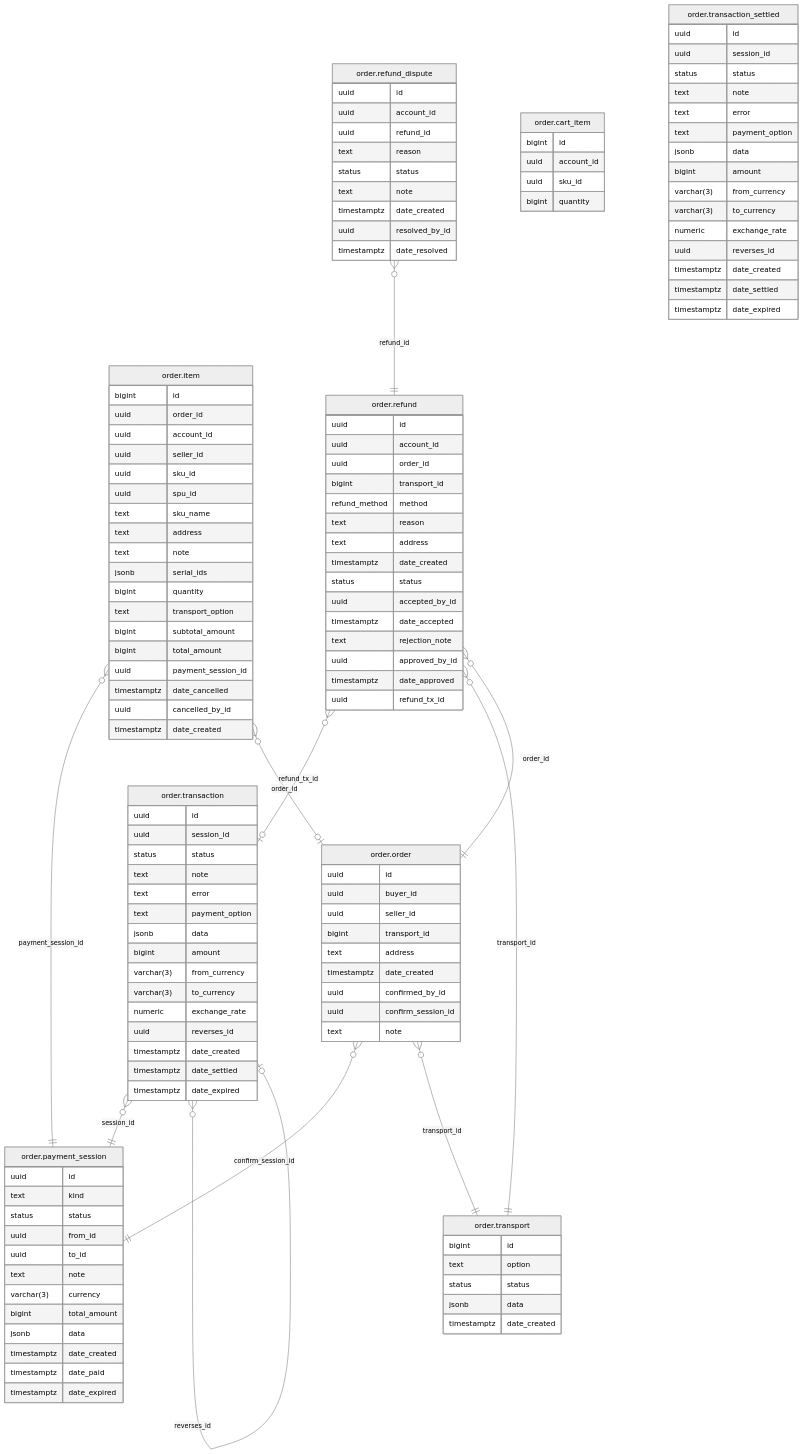
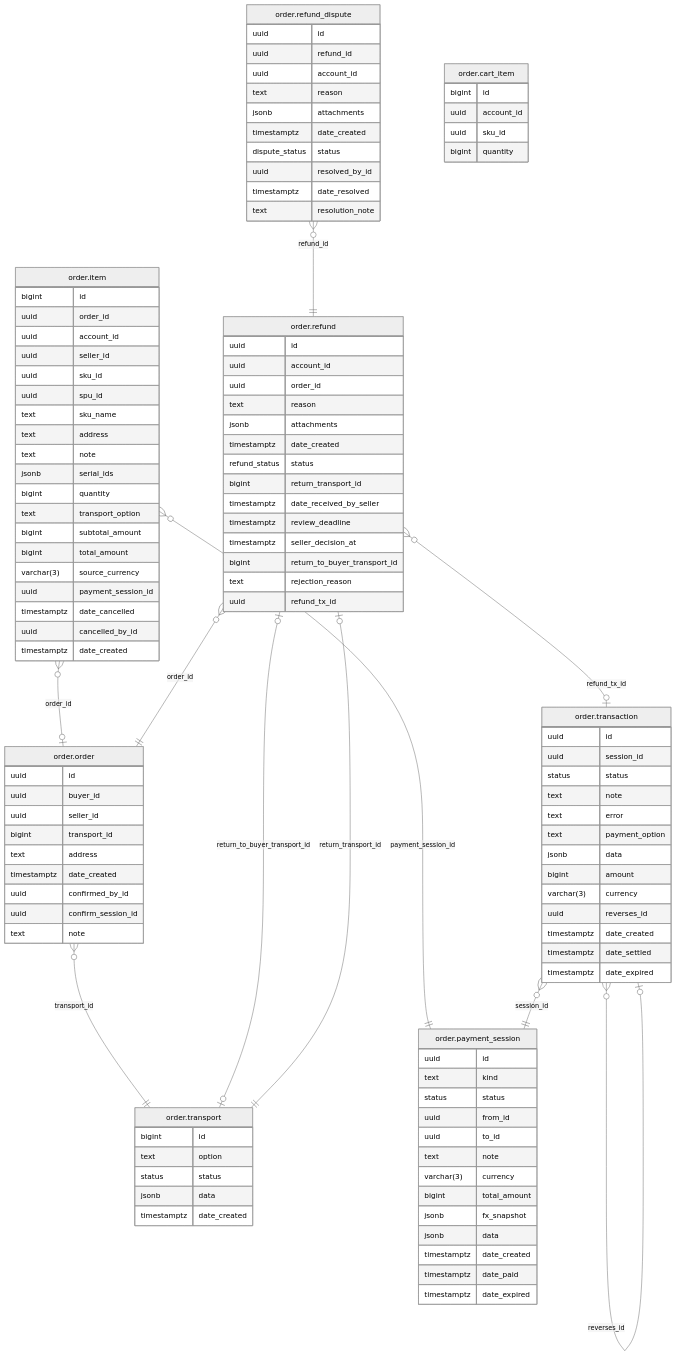
One commit to shopnexus/server changed the diagram in internal/module/order/README.md. Above: the diagram before and after it, drawn with Mermaid (neutral theme). The commit also changed other lines of this file and 189 other files, not shown here.

````diff
--- a/internal/module/order/README.md
+++ b/internal/module/order/README.md
@@ -8,14 +8,14 @@
 ```mermaid
 erDiagram
+"order.order" }o--|| "order.transport" : "transport_id"
+"order.item" }o--|o "order.order" : "order_id"
+"order.item" }o--|| "order.payment_session" : "payment_session_id"
 "order.transaction" }o--|| "order.payment_session" : "session_id"
 "order.transaction" }o--|o "order.transaction" : "reverses_id"
-"order.order" }o--|| "order.payment_session" : "confirm_session_id"
-"order.order" }o--|| "order.transport" : "transport_id"
-"order.item" }o--|| "order.payment_session" : "payment_session_id"
-"order.item" }o--|o "order.order" : "order_id"
+"order.refund" |o--|o "order.transport" : "return_to_buyer_transport_id"
+"order.refund" |o--|| "order.transport" : "return_transport_id"
+"order.refund" }o--|| "order.order" : "order_id"
 "order.refund" }o--|o "order.transaction" : "refund_tx_id"
-"order.refund" }o--|| "order.transport" : "transport_id"
-"order.refund" }o--|| "order.order" : "order_id"
 "order.refund_dispute" }o--|| "order.refund" : "refund_id"
 
 "order.cart_item" {
@@ -39,6 +39,7 @@
   text transport_option
   bigint subtotal_amount
   bigint total_amount
+  varchar(3) source_currency
   uuid payment_session_id
   timestamptz date_cancelled
   uuid cancelled_by_id
@@ -64,6 +65,7 @@
   text note
   varchar(3) currency
   bigint total_amount
+  jsonb fx_snapshot
   jsonb data
   timestamptz date_created
   timestamptz date_paid
@@ -73,29 +75,29 @@
   uuid id
   uuid account_id
   uuid order_id
-  bigint transport_id
-  refund_method method
   text reason
-  text address
+  jsonb attachments
   timestamptz date_created
-  status status
-  uuid accepted_by_id
-  timestamptz date_accepted
-  text rejection_note
-  uuid approved_by_id
-  timestamptz date_approved
+  refund_status status
+  bigint return_transport_id
+  timestamptz date_received_by_seller
+  timestamptz review_deadline
+  timestamptz seller_decision_at
+  bigint return_to_buyer_transport_id
+  text rejection_reason
   uuid refund_tx_id
 }
 "order.refund_dispute" {
   uuid id
+  uuid refund_id
   uuid account_id
-  uuid refund_id
   text reason
-  status status
-  text note
+  jsonb attachments
   timestamptz date_created
+  dispute_status status
   uuid resolved_by_id
   timestamptz date_resolved
+  text resolution_note
 }
 "order.transaction" {
   uuid id
@@ -106,26 +108,7 @@
   text payment_option
   jsonb data
   bigint amount
-  varchar(3) from_currency
-  varchar(3) to_currency
-  numeric exchange_rate
-  uuid reverses_id
-  timestamptz date_created
-  timestamptz date_settled
-  timestamptz date_expired
-}
-"order.transaction_settled" {
-  uuid id
-  uuid session_id
-  status status
-  text note
-  text error
-  text payment_option
-  jsonb data
-  bigint amount
-  varchar(3) from_currency
-  varchar(3) to_currency
-  numeric exchange_rate
+  varchar(3) currency
   uuid reverses_id
   timestamptz date_created
   timestamptz date_settled
````
